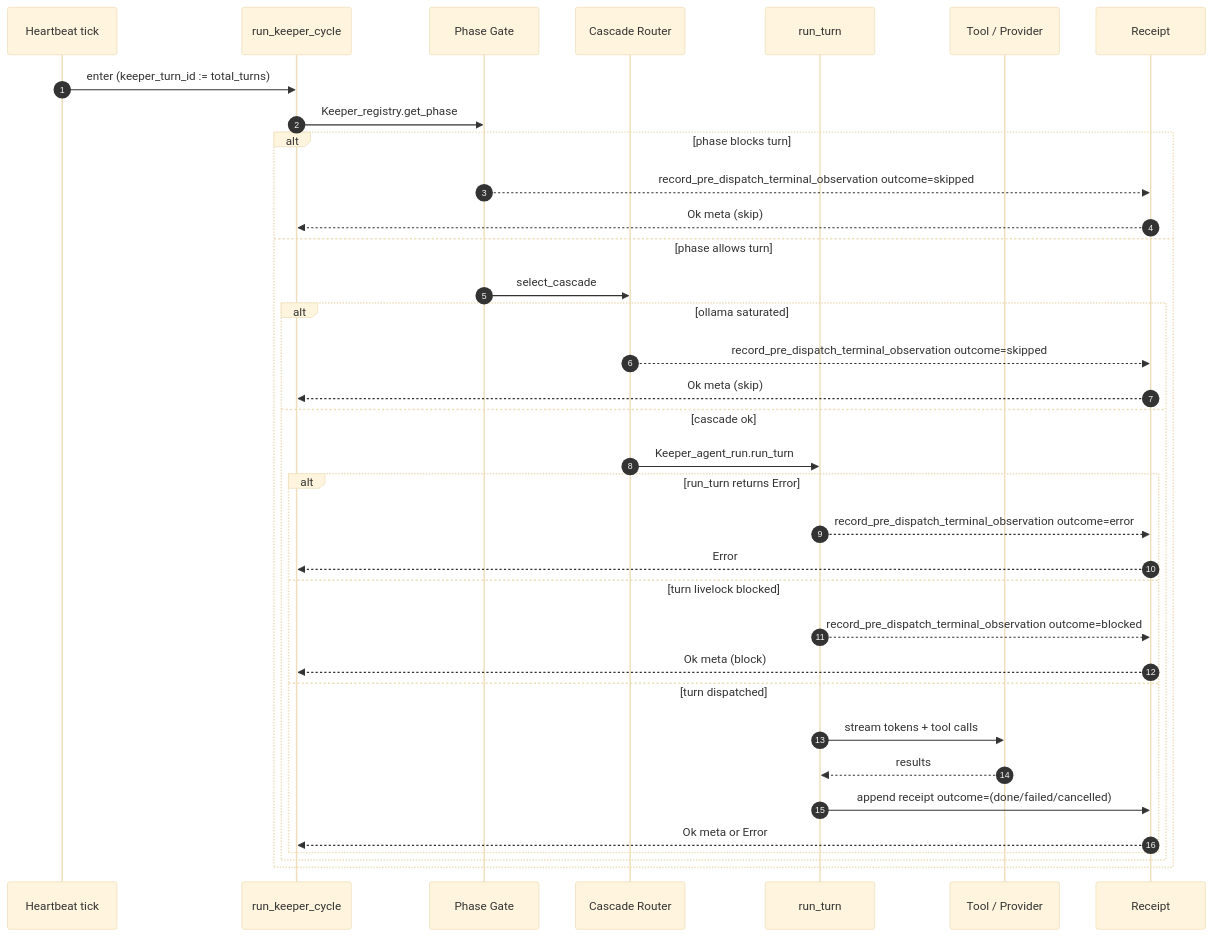
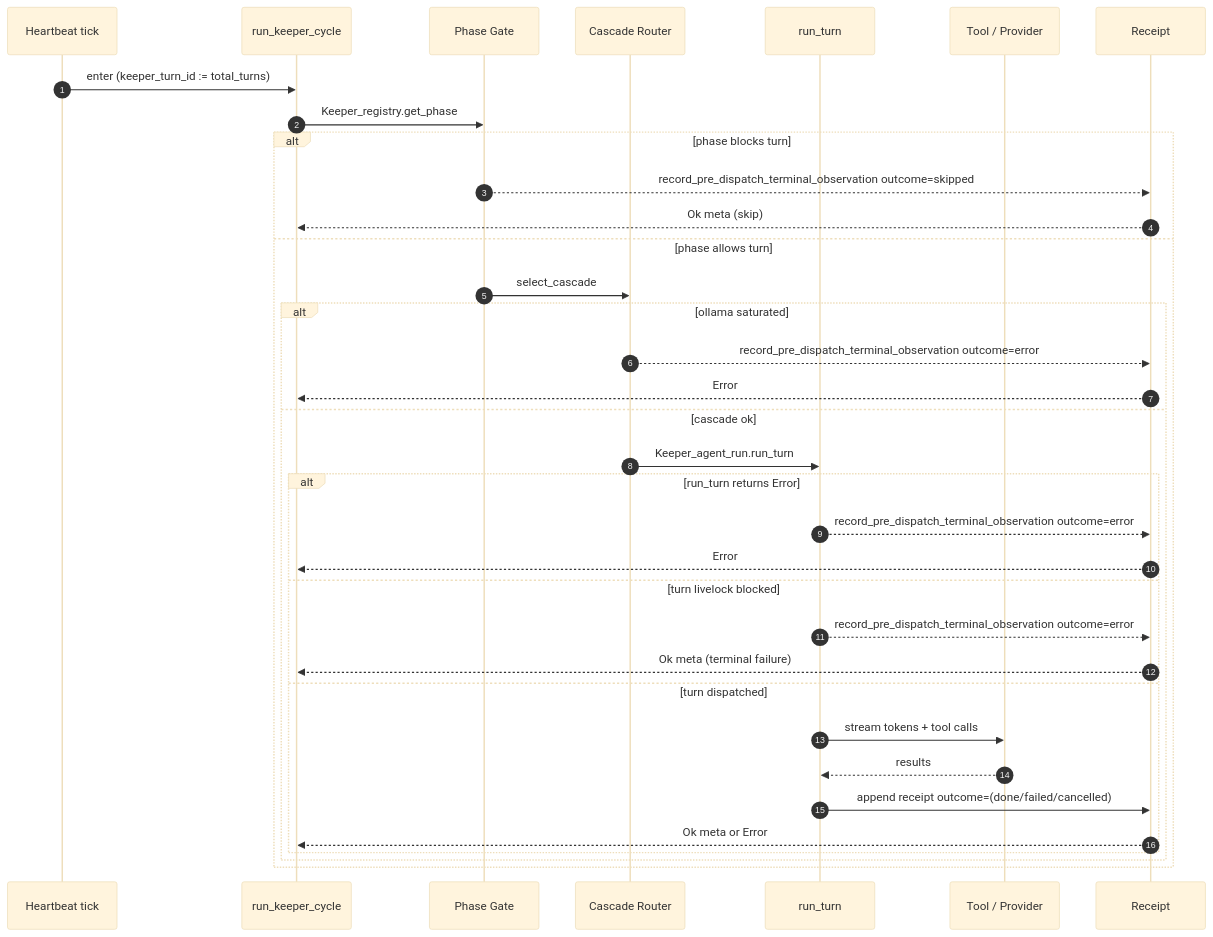
One commit to jeong-sik/masc changed the first of 2 diagrams in docs/keeper-turn-lifecycle.md. Above: the diagram before and after it, drawn with Mermaid (base theme). The commit also changed other lines of this file and 4 other files, not shown here.

````diff
--- a/docs/keeper-turn-lifecycle.md
+++ b/docs/keeper-turn-lifecycle.md
@@ -10,38 +10,38 @@
 ```mermaid
 sequenceDiagram
     autonumber
     participant H as Heartbeat tick
     participant U as run_keeper_cycle
     participant G as Phase Gate
     participant C as Cascade Router
     participant A as run_turn
     participant T as Tool / Provider
     participant R as Receipt
 
     H->>U: enter (keeper_turn_id := total_turns)
     U->>G: Keeper_registry.get_phase
     alt phase blocks turn
         G-->>R: record_pre_dispatch_terminal_observation outcome=skipped
         R-->>U: Ok meta (skip)
     else phase allows turn
         G->>C: select_cascade
         alt ollama saturated
-            C-->>R: record_pre_dispatch_terminal_observation outcome=skipped
-            R-->>U: Ok meta (skip)
+            C-->>R: record_pre_dispatch_terminal_observation outcome=error
+            R-->>U: Error
         else cascade ok
             C->>A: Keeper_agent_run.run_turn
             alt run_turn returns Error
                 A-->>R: record_pre_dispatch_terminal_observation outcome=error
                 R-->>U: Error
             else turn livelock blocked
-                A-->>R: record_pre_dispatch_terminal_observation outcome=blocked
-                R-->>U: Ok meta (block)
+                A-->>R: record_pre_dispatch_terminal_observation outcome=error
+                R-->>U: Ok meta (terminal failure)
             else turn dispatched
                 A->>T: stream tokens + tool calls
                 T-->>A: results
                 A->>R: append receipt outcome=(done/failed/cancelled)
                 R-->>U: Ok meta or Error
             end
         end
     end
 ```
````
